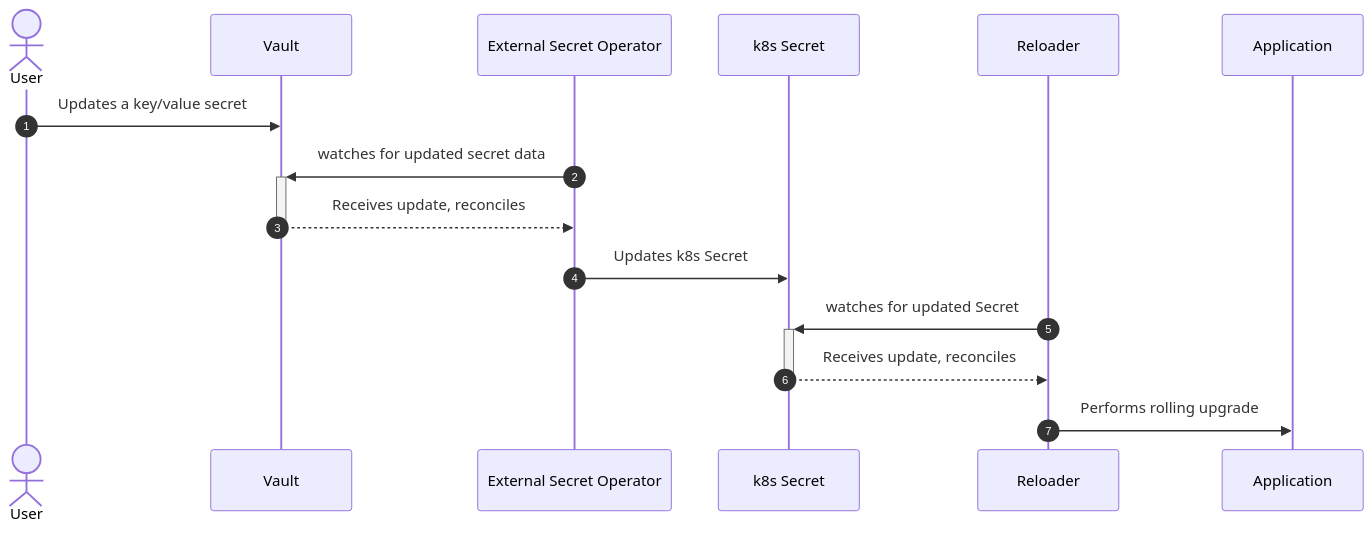
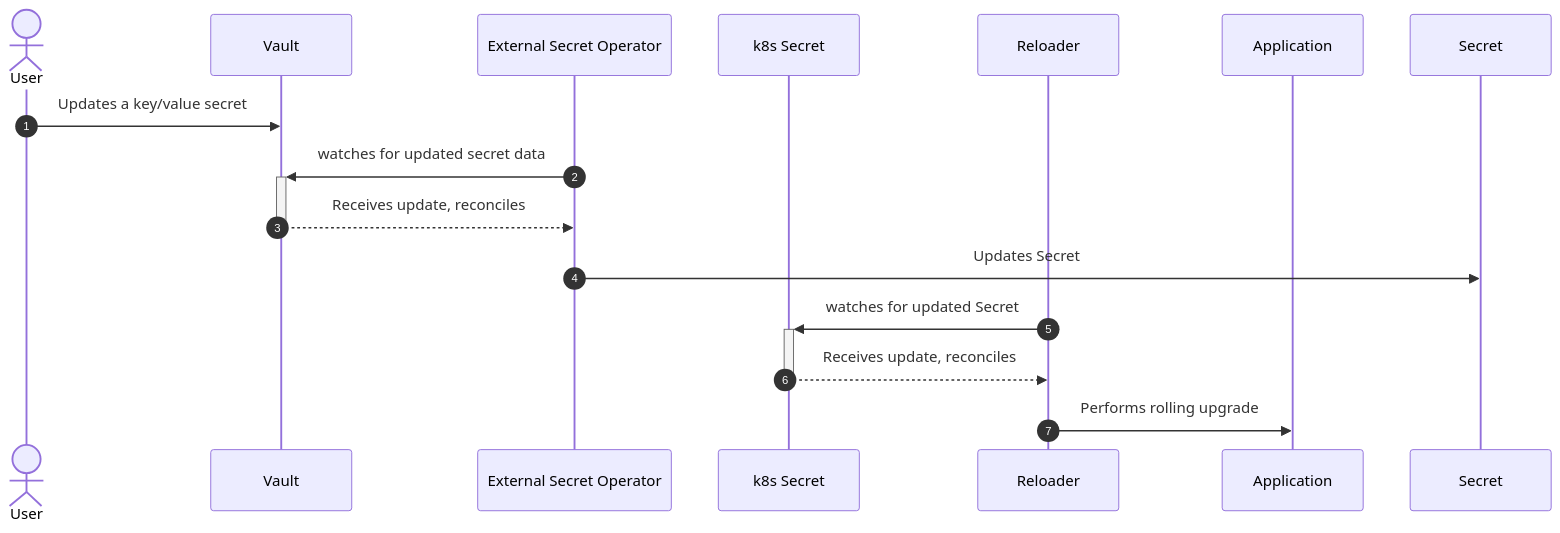
Before and after one commit to rht-labs/tech-exercise: the third of 4 diagrams in docs/6-secret-management-in-saap/4-secret-management.md, drawn with Mermaid. The commit also changed other lines of this file, not shown here.

````diff
--- a/docs/6-secret-management-in-saap/4-secret-management.md
+++ b/docs/6-secret-management-in-saap/4-secret-management.md
@@ -269,17 +269,17 @@
    ```mermaid
       sequenceDiagram
          autonumber
          actor User
          participant Vault
          participant ESO as External Secret Operator
          participant secret as k8s Secret
          participant Reloader
          participant App as Application 
          User->>Vault: Updates a key/value secret
          ESO->>+Vault: watches for updated secret data
          Vault-->>-ESO: Receives update, reconciles
-         ESO->>secret: Updates k8s Secret
+         ESO->>Secret: Updates Secret
          Reloader->>+secret: watches for updated Secret
          secret-->>-Reloader: Receives update, reconciles
          Reloader->>App: Performs rolling upgrade
    ```
````
